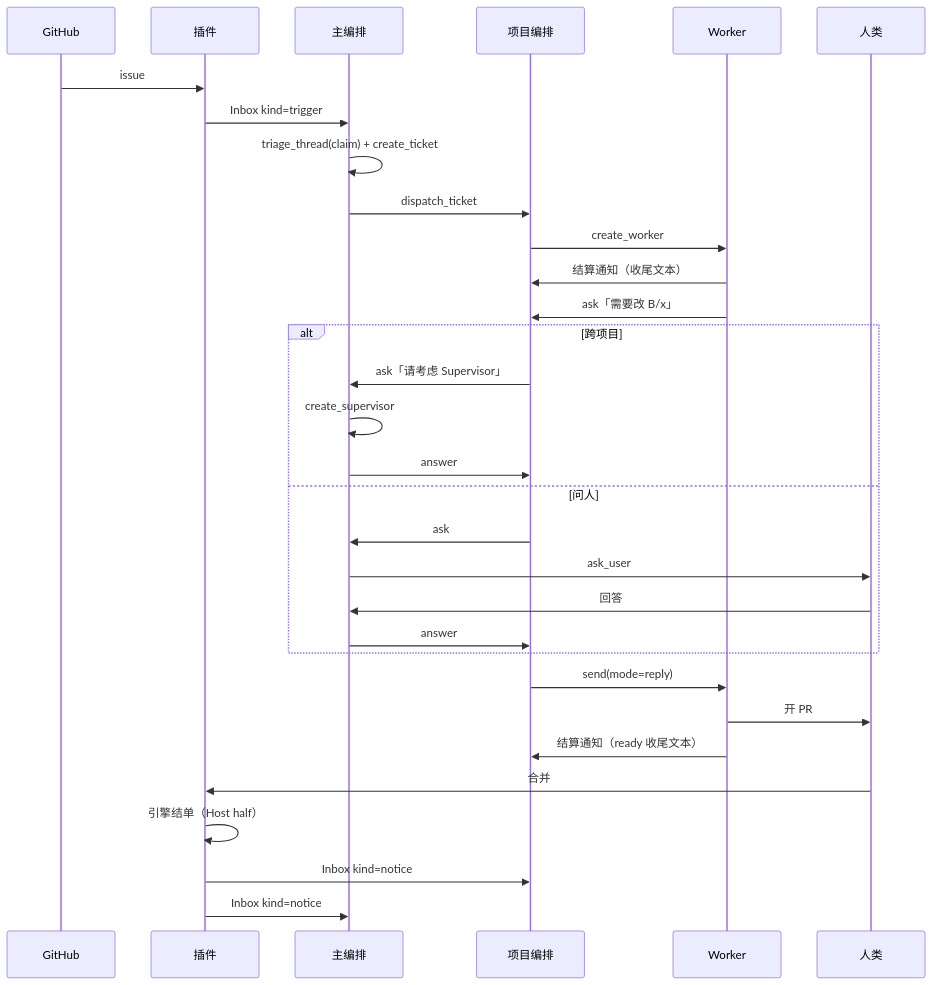
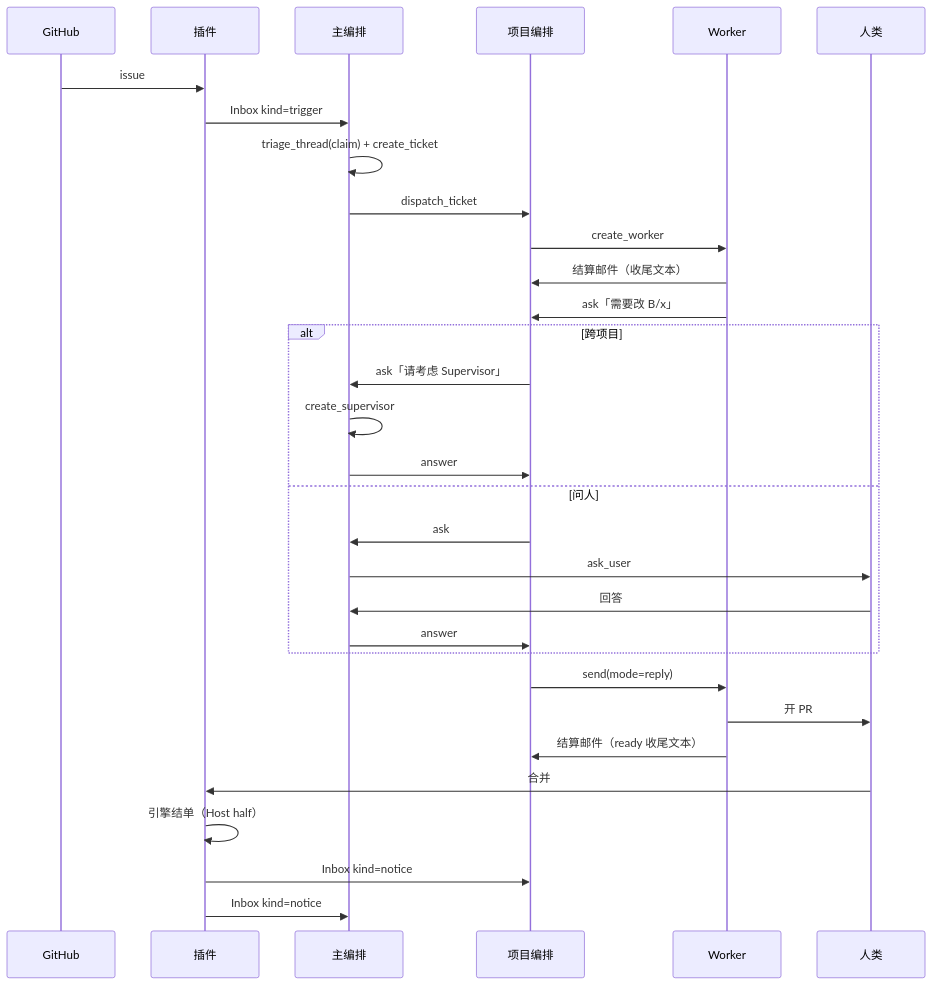
The tenth of 10 diagrams in docs/flow.md (hairyfbot/dsh-supermesh), drawn with Mermaid before and after one commit. The commit also changed other lines of this file and 17 other files, not shown here.

````diff
--- a/docs/flow.md
+++ b/docs/flow.md
@@ -463,37 +467,37 @@
 ```mermaid
 sequenceDiagram
     participant GH as GitHub
     participant CH as 插件
     participant M as 主编排
     participant P as 项目编排
     participant W as Worker
     participant U as 人类
 
     GH->>CH: issue #42 @bot
     CH->>M: Inbox kind=trigger
     M->>M: triage_thread(claim) + create_ticket
     M->>P: dispatch_ticket
     P->>W: create_worker
 
-    W->>P: 结算通知（收尾文本）
+    W->>P: 结算邮件（收尾文本）
     W->>P: ask「需要改 B/x」
     alt 跨项目
         P->>M: ask「请考虑 Supervisor」
         M->>M: create_supervisor
         M->>P: answer
     else 问人
         P->>M: ask
         M->>U: ask_user
         U->>M: 回答
         M->>P: answer
     end
     P->>W: send(mode=reply)
 
     W->>U: 开 PR
-    W->>P: 结算通知（ready 收尾文本）
+    W->>P: 结算邮件（ready 收尾文本）
 
     U->>CH: 合并
     CH->>CH: 引擎结单（Host half）
     CH->>P: Inbox kind=notice
     CH->>M: Inbox kind=notice
 ```
````
